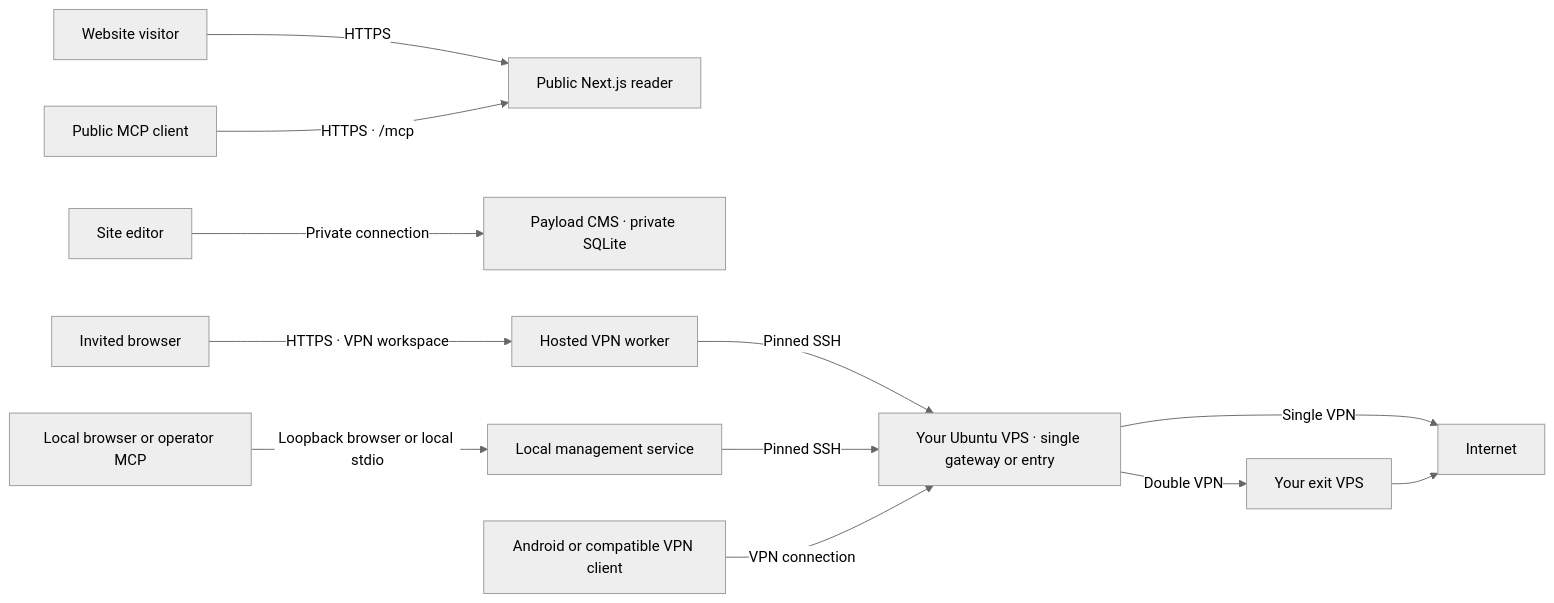
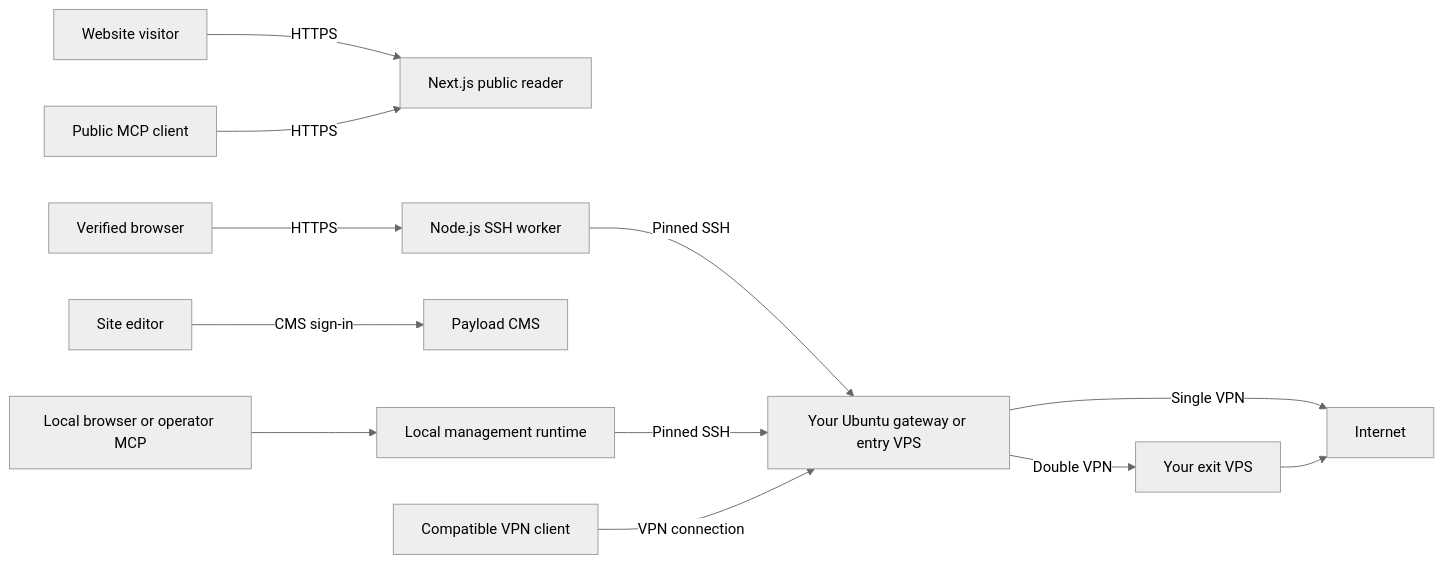
One commit to VictorBoykoV/rookstride changed the diagram in docs/WEB-ARCHITECTURE.md. Above: the diagram before and after it, drawn with Mermaid (neutral theme). The commit also changed other lines of this file and 2 other files, not shown here.

Commit message:
Describe the open Rookstride browser workspace

````diff
--- a/docs/WEB-ARCHITECTURE.md
+++ b/docs/WEB-ARCHITECTURE.md
@@ -8,14 +8,14 @@
 ```mermaid
 flowchart LR
-  visitor["Website visitor"] -->|"HTTPS"| reader["Public Next.js reader"]
-  assistant["Public MCP client"] -->|"HTTPS · /mcp"| reader
-  editor["Site editor"] -->|"Private connection"| cms["Payload CMS · private SQLite"]
-  operator["Invited browser"] -->|"HTTPS · VPN workspace"| worker["Hosted VPN worker"]
-  local["Local browser or operator MCP"] -->|"Loopback browser or local stdio"| localWorker["Local management service"]
-  worker -->|"Pinned SSH"| entry["Your Ubuntu VPS · single gateway or entry"]
-  localWorker -->|"Pinned SSH"| entry
-  device["Android or compatible VPN client"] -->|"VPN connection"| entry
-  entry -->|"Single VPN"| internet["Internet"]
-  entry -->|"Double VPN"| exit["Your exit VPS"]
-  exit --> internet
+  Visitor["Website visitor"] -->|HTTPS| Reader["Next.js public reader"]
+  Viewer["Verified browser"] -->|HTTPS| Worker["Node.js SSH worker"]
+  Editor["Site editor"] -->|CMS sign-in| CMS["Payload CMS"]
+  PublicMCP["Public MCP client"] -->|HTTPS| Reader
+  Local["Local browser or operator MCP"] --> LocalWorker["Local management runtime"]
+  Worker -->|Pinned SSH| Entry["Your Ubuntu gateway or entry VPS"]
+  LocalWorker -->|Pinned SSH| Entry
+  Device["Compatible VPN client"] -->|VPN connection| Entry
+  Entry -->|Single VPN| Internet["Internet"]
+  Entry -->|Double VPN| Exit["Your exit VPS"]
+  Exit --> Internet
 ```
````
